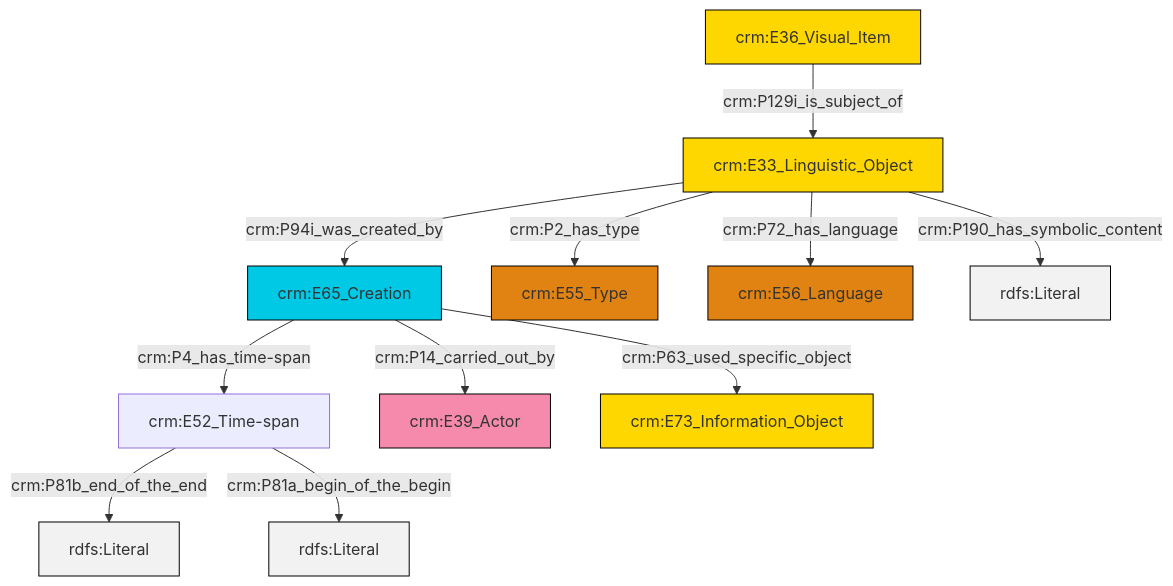
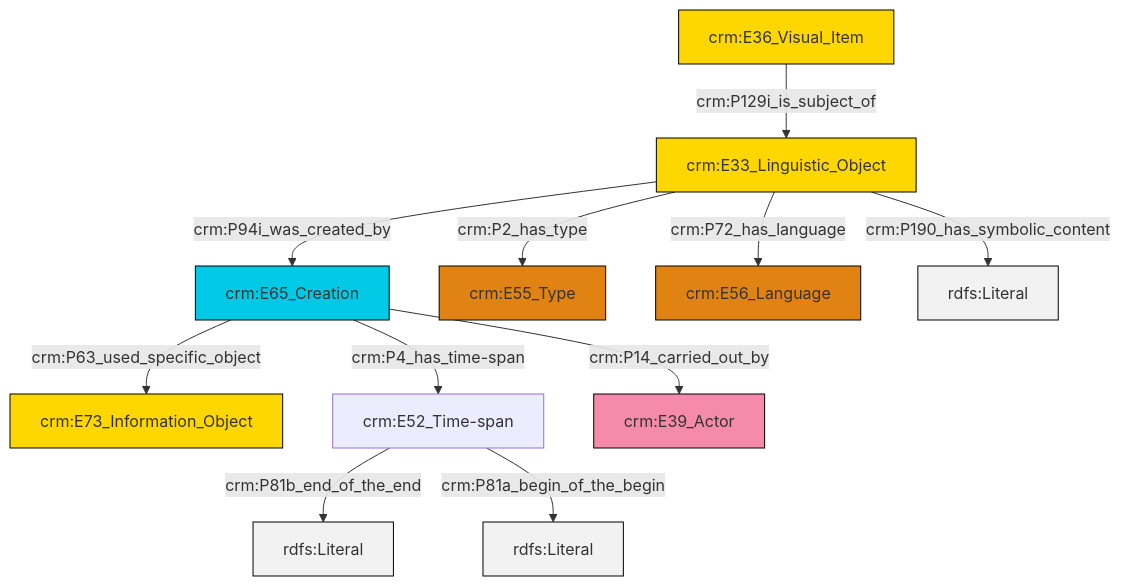
The diagram in et/imgCSV/ttl/mmd/img_desc.ttl.mmd (swiss-art-research-net/docs.swissartresearch), drawn with Mermaid before and after one commit. The commit also changed 179 other files, not shown here.

```diff
--- a/et/imgCSV/ttl/mmd/img_desc.ttl.mmd
+++ b/et/imgCSV/ttl/mmd/img_desc.ttl.mmd
@@ -1,25 +1,25 @@
 graph TD
 classDef Literal fill:#f2f2f2,stroke:#000000;
 classDef CRM_Entity fill:#FFFFFF,stroke:#000000;
 classDef Temporal_Entity fill:#00C9E6, stroke:#000000;
 classDef Type fill:#E18312, stroke:#000000;
 classDef Time-Span fill:#2C9C91, stroke:#000000;
 classDef Appellation fill:#FFEB7F, stroke:#000000;
 classDef Place fill:#008836, stroke:#000000;
 classDef Persistent_Item fill:#B266B2, stroke:#000000;
 classDef Conceptual_Object fill:#FFD700, stroke:#000000;
 classDef Physical_Thing fill:#D2B48C, stroke:#000000;
 classDef Actor fill:#f58aad, stroke:#000000;
 classDef PC_Classes fill:#4ce600, stroke:#000000;
 classDef Multi fill:#cccccc,stroke:#000000;
 
-0["crm:E65_Creation"]:::Temporal_Entity -->|crm:P4_has_time-span| 4["crm:E52_Time-span"]:::Default
-5["crm:E33_Linguistic_Object"]:::Conceptual_Object -->|crm:P94i_was_created_by| 0["crm:E65_Creation"]:::Temporal_Entity
-5["crm:E33_Linguistic_Object"]:::Conceptual_Object -->|crm:P72_has_language| 6["crm:E56_Language"]:::Type
-0["crm:E65_Creation"]:::Temporal_Entity -->|crm:P14_carried_out_by| 7["crm:E39_Actor"]:::Actor
-0["crm:E65_Creation"]:::Temporal_Entity -->|crm:P63_used_specific_object| 9["crm:E73_Information_Object"]:::Conceptual_Object
-10["crm:E36_Visual_Item"]:::Conceptual_Object -->|crm:P129i_is_subject_of| 5["crm:E33_Linguistic_Object"]:::Conceptual_Object
-4["crm:E52_Time-span"]:::Default -->|crm:P81b_end_of_the_end| 11[rdfs:Literal]:::Literal
-5["crm:E33_Linguistic_Object"]:::Conceptual_Object -->|crm:P190_has_symbolic_content| 12[rdfs:Literal]:::Literal
-5["crm:E33_Linguistic_Object"]:::Conceptual_Object -->|crm:P2_has_type| 2["crm:E55_Type"]:::Type
-4["crm:E52_Time-span"]:::Default -->|crm:P81a_begin_of_the_begin| 15[rdfs:Literal]:::Literal
+0["crm:E36_Visual_Item"]:::Conceptual_Object -->|crm:P129i_is_subject_of| 1["crm:E33_Linguistic_Object"]:::Conceptual_Object
+1["crm:E33_Linguistic_Object"]:::Conceptual_Object -->|crm:P94i_was_created_by| 2["crm:E65_Creation"]:::Temporal_Entity
+2["crm:E65_Creation"]:::Temporal_Entity -->|crm:P63_used_specific_object| 3["crm:E73_Information_Object"]:::Conceptual_Object
+2["crm:E65_Creation"]:::Temporal_Entity -->|crm:P4_has_time-span| 4["crm:E52_Time-span"]:::Default
+4["crm:E52_Time-span"]:::Default -->|crm:P81b_end_of_the_end| 16[rdfs:Literal]:::Literal
+1["crm:E33_Linguistic_Object"]:::Conceptual_Object -->|crm:P190_has_symbolic_content| 17[rdfs:Literal]:::Literal
+1["crm:E33_Linguistic_Object"]:::Conceptual_Object -->|crm:P2_has_type| 6["crm:E55_Type"]:::Type
+4["crm:E52_Time-span"]:::Default -->|crm:P81a_begin_of_the_begin| 18[rdfs:Literal]:::Literal
+1["crm:E33_Linguistic_Object"]:::Conceptual_Object -->|crm:P72_has_language| 13["crm:E56_Language"]:::Type
+2["crm:E65_Creation"]:::Temporal_Entity -->|crm:P14_carried_out_by| 10["crm:E39_Actor"]:::Actor
```
